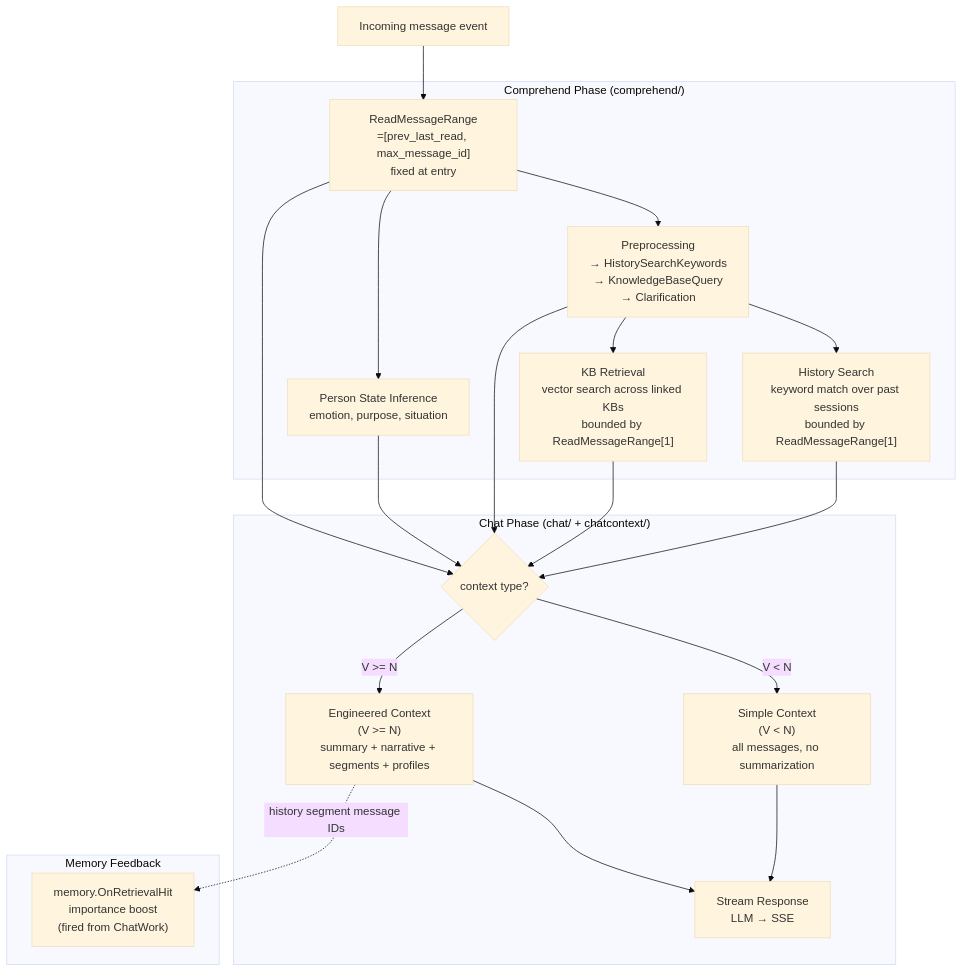
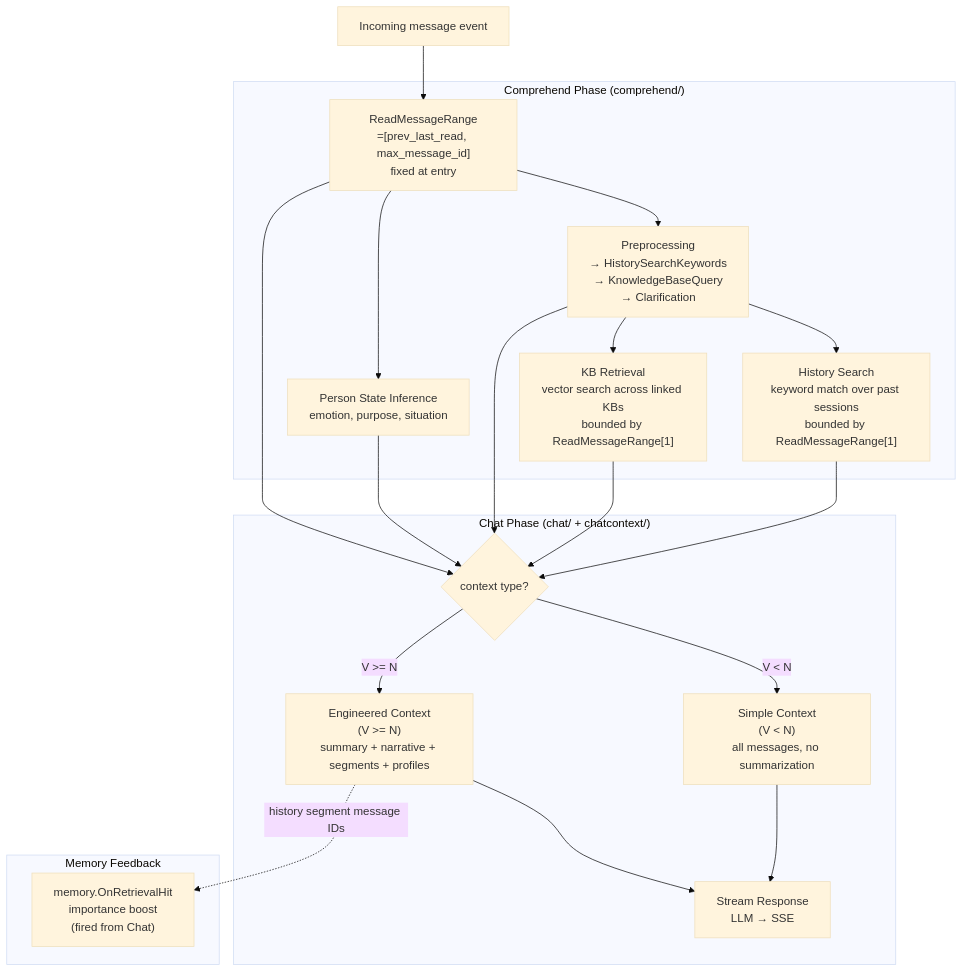
Before and after one commit to KoanJan/qingqiu-world: the first of 9 diagrams in doc/engineering_implements/context-engineering-pipeline.md, drawn with Mermaid (base theme). The commit also changed other lines of this file and 32 other files, not shown here.

````diff
--- a/doc/engineering_implements/context-engineering-pipeline.md
+++ b/doc/engineering_implements/context-engineering-pipeline.md
@@ -7,37 +7,37 @@
 ```mermaid
 graph TB
     subgraph "Comprehend Phase (comprehend/)"
         Range["ReadMessageRange<br/>=[prev_last_read, max_message_id]<br/>fixed at entry"]
         Preproc["Preprocessing<br/>→ HistorySearchKeywords<br/>→ KnowledgeBaseQuery<br/>→ Clarification"]
         PersonState["Person State Inference<br/>emotion, purpose, situation"]
         HistorySearch["History Search<br/>keyword match over past sessions<br/>bounded by ReadMessageRange[1]"]
         KBRetrieval["KB Retrieval<br/>vector search across linked KBs<br/>bounded by ReadMessageRange[1]"]
     end
 
     subgraph "Chat Phase (chat/ + chatcontext/)"
         Assembly{"context type?"}
         Simple["Simple Context<br/>(V < N)<br/>all messages, no summarization"]
         Engineered["Engineered Context<br/>(V >= N)<br/>summary + narrative + segments + profiles"]
         Stream["Stream Response<br/>LLM → SSE"]
     end
 
     subgraph "Memory Feedback"
-        OnHit["memory.OnRetrievalHit<br/>importance boost<br/>(fired from ChatWork)"]
+        OnHit["memory.OnRetrievalHit<br/>importance boost<br/>(fired from Chat)"]
     end
 
     Event["Incoming message event"] --> Range
     Range --> Preproc
     Range --> PersonState
     Preproc --> HistorySearch
     Preproc --> KBRetrieval
     Range --> Assembly
     Preproc --> Assembly
     PersonState --> Assembly
     HistorySearch --> Assembly
     KBRetrieval --> Assembly
     Assembly -->|V < N| Simple
     Assembly -->|V >= N| Engineered
     Simple --> Stream
     Engineered --> Stream
     Engineered -.history segment message IDs.-> OnHit
 ```
````
